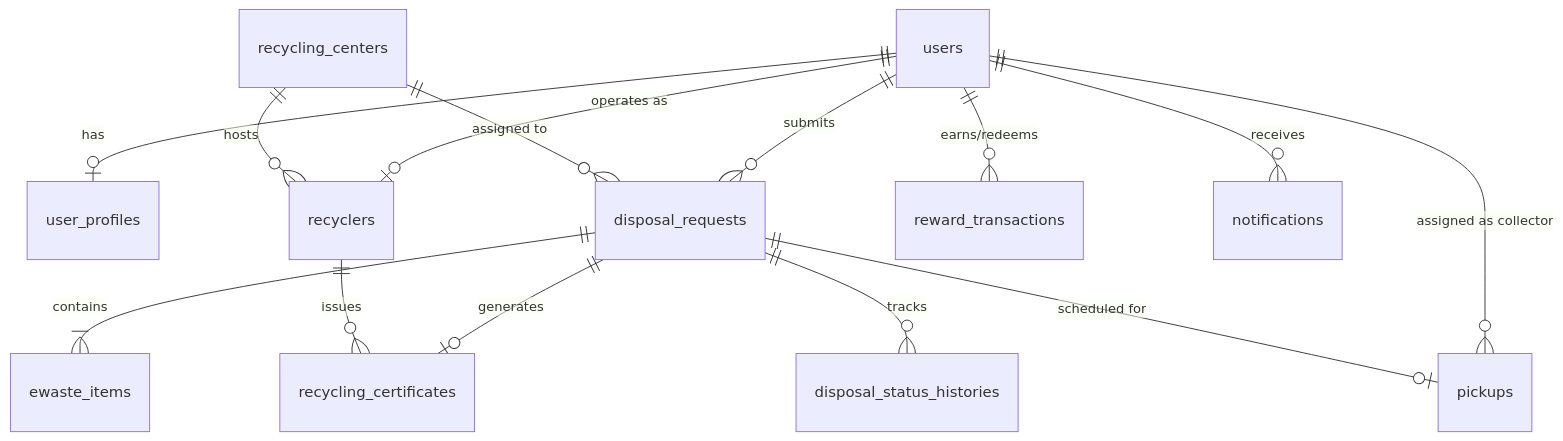
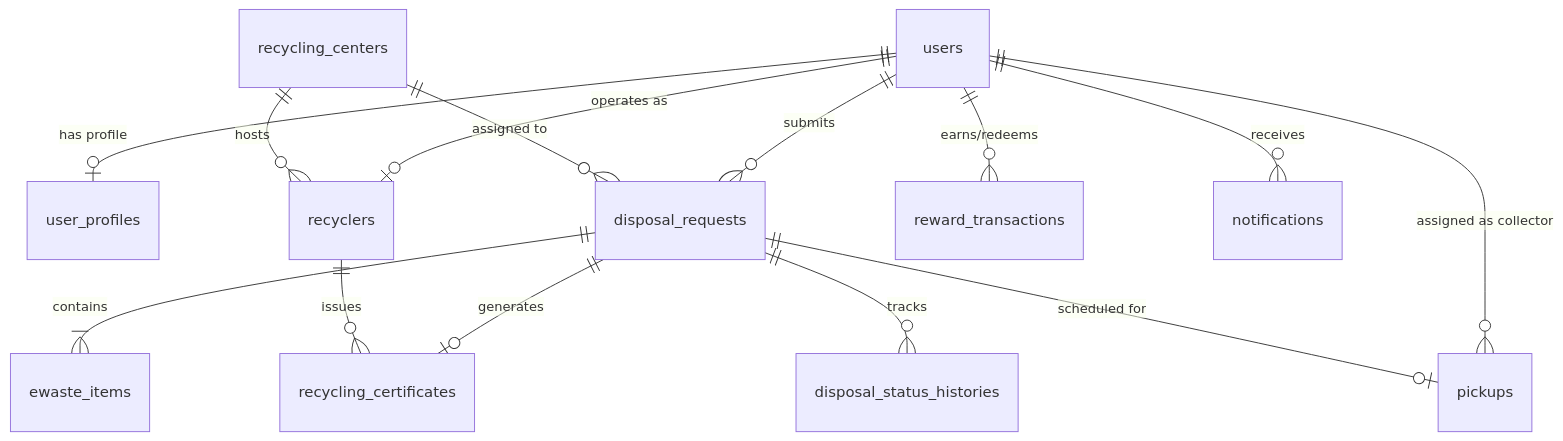
One commit to KavidharshanKD/E-Waste-Management changed the diagram in README.md. Above: the diagram before and after it, drawn with Mermaid. The commit also changed other lines of this file, not shown here.

````diff
--- a/README.md
+++ b/README.md
@@ -34,19 +98,19 @@
 ```mermaid
 erDiagram
-    users ||--o| user_profiles : "has"
+    users ||--o| user_profiles : "has profile"
     users ||--o| recyclers : "operates as"
     users ||--o{ disposal_requests : "submits"
     users ||--o{ pickups : "assigned as collector"
     users ||--o{ reward_transactions : "earns/redeems"
     users ||--o{ notifications : "receives"
     
     recycling_centers ||--o{ recyclers : "hosts"
     recycling_centers ||--o{ disposal_requests : "assigned to"
     
     disposal_requests ||--|{ ewaste_items : "contains"
     disposal_requests ||--o| pickups : "scheduled for"
     disposal_requests ||--o{ disposal_status_histories : "tracks"
     disposal_requests ||--o| recycling_certificates : "generates"
     
     recyclers ||--o{ recycling_certificates : "issues"
 ```
````
